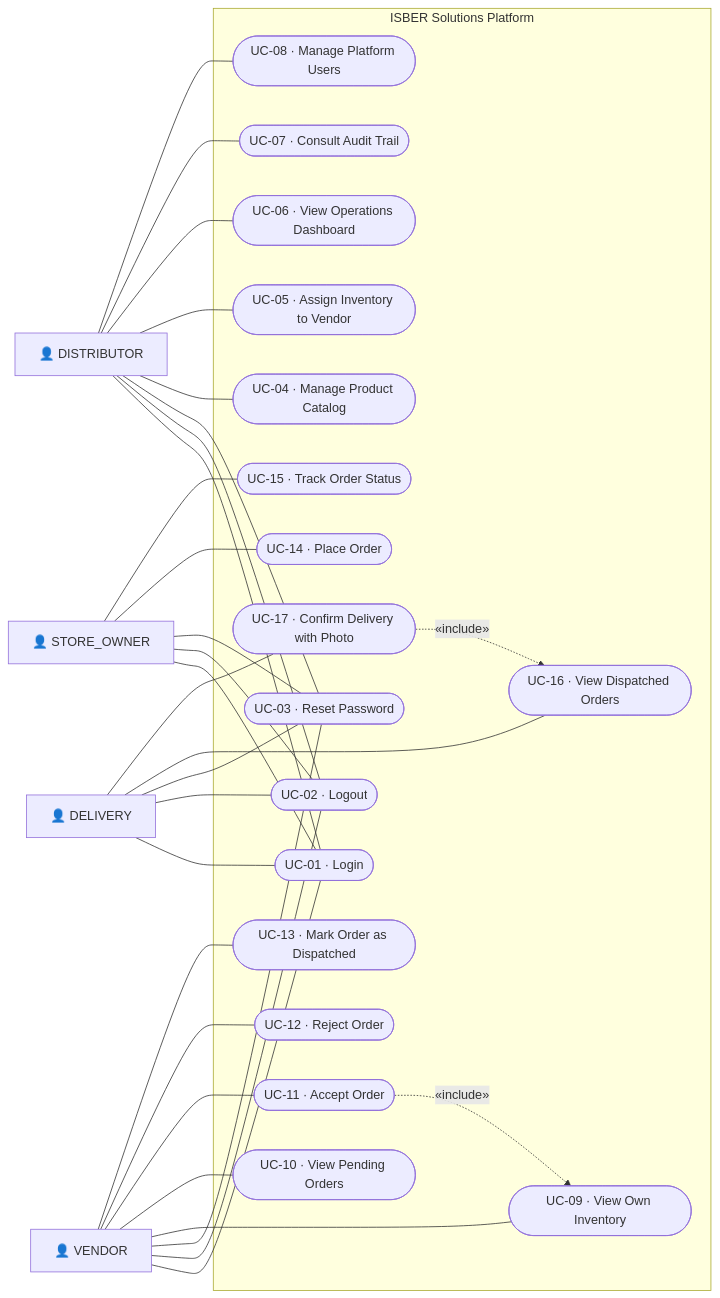
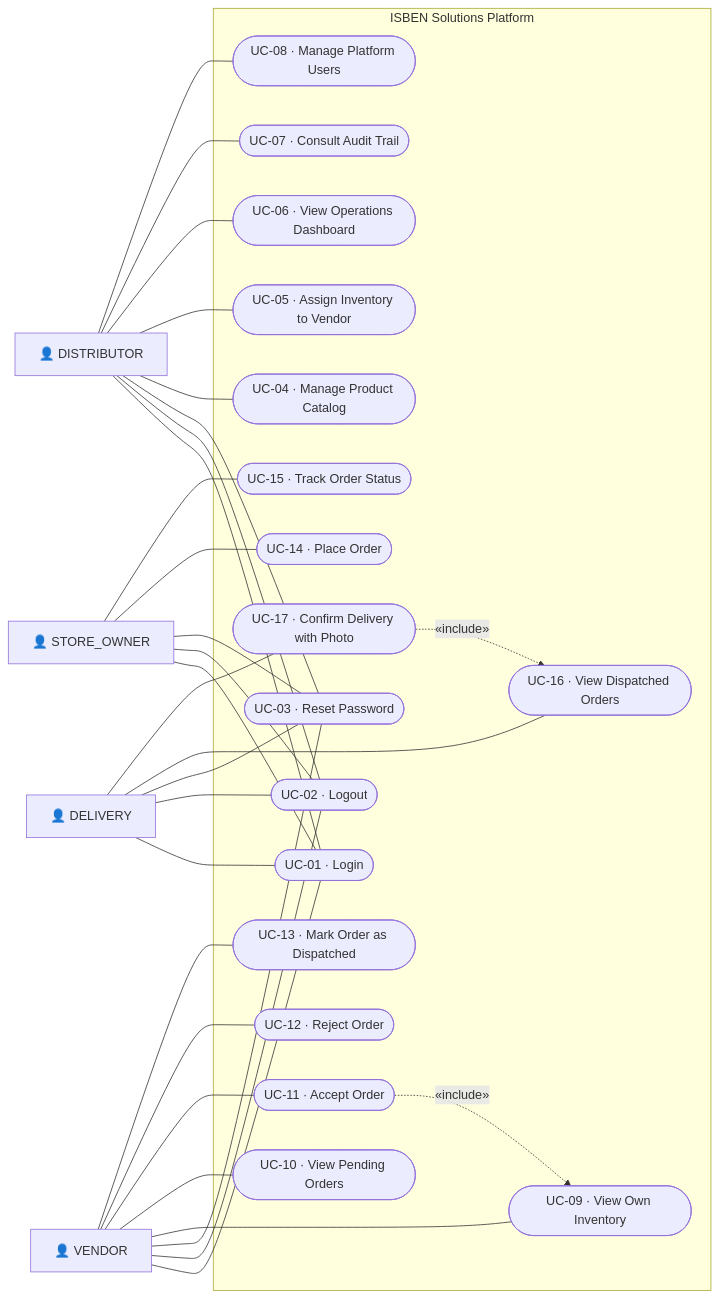
Before and after one commit to astalberto/proyecto-distribuidora: the fifth of 5 diagrams in docs/requirements.md, drawn with Mermaid. The commit also changed other lines of this file and 68 other files, not shown here.

````diff
--- a/docs/requirements.md
+++ b/docs/requirements.md
@@ -565,35 +565,35 @@
 ```mermaid
 graph LR
     DIST["👤 DISTRIBUTOR"]
     VEND["👤 VENDOR"]
     STORE["👤 STORE_OWNER"]
     DELIV["👤 DELIVERY"]
 
-    subgraph SYS["ISBER Solutions Platform"]
+    subgraph SYS["ISBEN Solutions Platform"]
         UC01(["UC-01 · Login"])
         UC02(["UC-02 · Logout"])
         UC03(["UC-03 · Reset Password"])
         UC04(["UC-04 · Manage Product Catalog"])
         UC05(["UC-05 · Assign Inventory to Vendor"])
         UC06(["UC-06 · View Operations Dashboard"])
         UC07(["UC-07 · Consult Audit Trail"])
         UC08(["UC-08 · Manage Platform Users"])
         UC09(["UC-09 · View Own Inventory"])
         UC10(["UC-10 · View Pending Orders"])
         UC11(["UC-11 · Accept Order"])
         UC12(["UC-12 · Reject Order"])
         UC13(["UC-13 · Mark Order as Dispatched"])
         UC14(["UC-14 · Place Order"])
         UC15(["UC-15 · Track Order Status"])
         UC16(["UC-16 · View Dispatched Orders"])
         UC17(["UC-17 · Confirm Delivery with Photo"])
     end
 
     DIST --- UC01 & UC02 & UC03 & UC04 & UC05 & UC06 & UC07 & UC08
     VEND --- UC01 & UC02 & UC03 & UC09 & UC10 & UC11 & UC12 & UC13
     STORE --- UC01 & UC02 & UC03 & UC14 & UC15
     DELIV --- UC01 & UC02 & UC03 & UC16 & UC17
 
     UC11 -. "«include»" .-> UC09
     UC17 -. "«include»" .-> UC16
 ```
````
